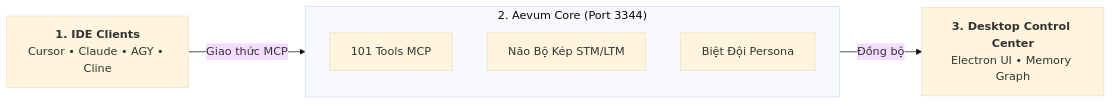
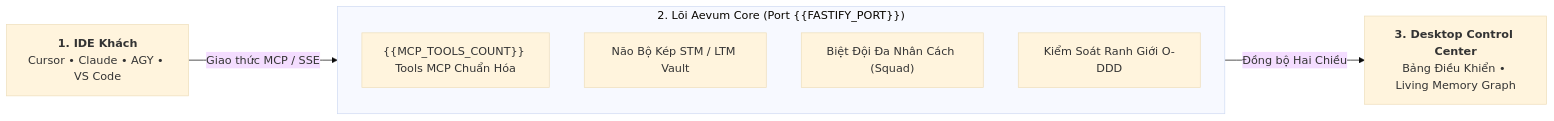
One commit to hainguyen011/Aevum-website changed the diagram in content/docs/01-gioi-thieu.md. Above: the diagram before and after it, drawn with Mermaid (base theme). The commit also changed other lines of this file and 46 other files, not shown here.

````diff
--- a/content/docs/01-gioi-thieu.md
+++ b/content/docs/01-gioi-thieu.md
@@ -34,14 +34,15 @@
 ```mermaid
 flowchart LR
-    IDE["<b>1. IDE Clients</b><br/>Cursor • Claude • AGY • Cline"]
-    subgraph Core["2. Aevum Core (Port 3344)"]
+    IDE["<b>1. IDE Khách</b><br/>Cursor • Claude • AGY • VS Code"]
+    subgraph Core["2. Lõi Aevum Core (Port {{FASTIFY_PORT}})"]
         direction TB
-        MCP["101 Tools MCP"]
-        Mem["Não Bộ Kép STM/LTM"]
-        Squad["Biệt Đội Persona"]
+        MCP["{{MCP_TOOLS_COUNT}} Tools MCP Chuẩn Hóa"]
+        Mem["Não Bộ Kép STM / LTM Vault"]
+        Squad["Biệt Đội Đa Nhân Cách (Squad)"]
+        Guard["Kiểm Soát Ranh Giới O-DDD"]
     end
-    UI["<b>3. Desktop Control Center</b><br/>Electron UI • Memory Graph"]
+    UI["<b>3. Desktop Control Center</b><br/>Bảng Điều Khiển • Living Memory Graph"]
 
-    IDE -->|Giao thức MCP| Core
-    Core -->|Đồng bộ| UI
+    IDE -->|Giao thức MCP / SSE| Core
+    Core -->|Đồng bộ Hai Chiều| UI
 ```
````
